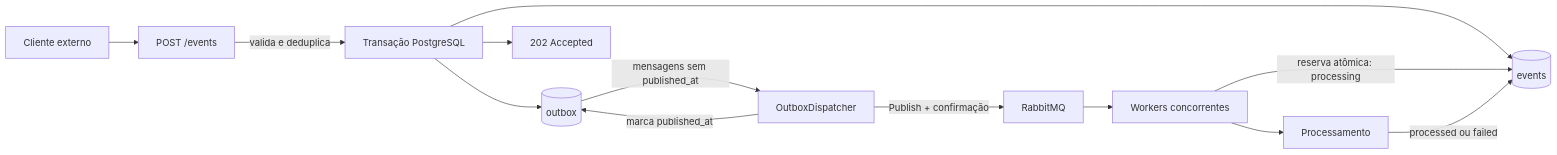
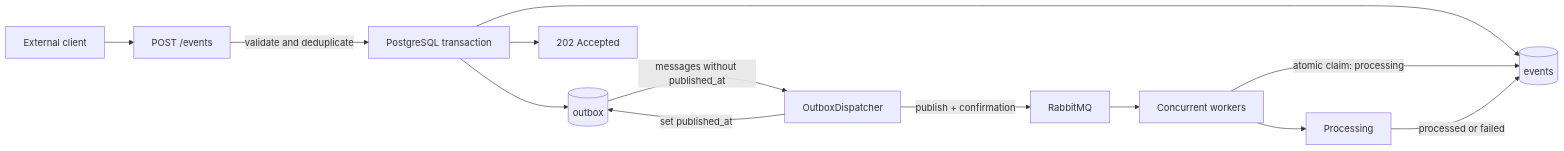
One commit to rafamguedes/go-webhook-processor changed the first of 3 diagrams in docs/architecture.md. Above: the diagram before and after it, drawn with Mermaid. The commit also changed other lines of this file, not shown here.

Commit message:
feat: translate architecture document to English and enhance clarity

````diff
--- a/docs/architecture.md
+++ b/docs/architecture.md
@@ -7,26 +7,26 @@
 ```mermaid
 flowchart LR
-    client[Cliente externo]
+    client[External client]
     handler[POST /events]
-    transaction[Transação PostgreSQL]
+    transaction[PostgreSQL transaction]
     events[(events)]
     outbox[(outbox)]
     accepted[202 Accepted]
     dispatcher[OutboxDispatcher]
     queue[RabbitMQ]
-    workers[Workers concorrentes]
-    processor[Processamento]
+    workers[Concurrent workers]
+    processor[Processing]
 
     client --> handler
-    handler -->|valida e deduplica| transaction
+    handler -->|validate and deduplicate| transaction
     transaction --> events
     transaction --> outbox
     transaction --> accepted
-    outbox -->|mensagens sem published_at| dispatcher
-    dispatcher -->|Publish + confirmação| queue
-    dispatcher -->|marca published_at| outbox
+    outbox -->|messages without published_at| dispatcher
+    dispatcher -->|publish + confirmation| queue
+    dispatcher -->|set published_at| outbox
     queue --> workers
-    workers -->|reserva atômica: processing| events
+    workers -->|atomic claim: processing| events
     workers --> processor
-    processor -->|processed ou failed| events
+    processor -->|processed or failed| events
 ```
````
